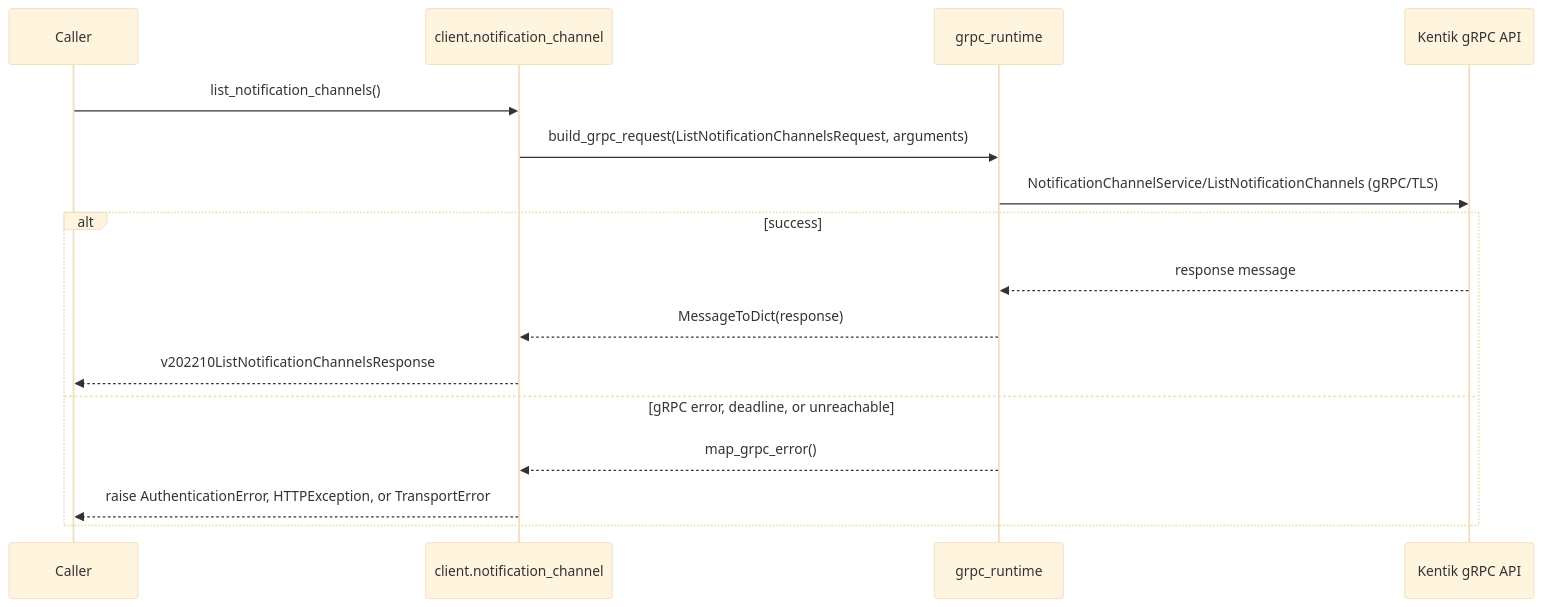
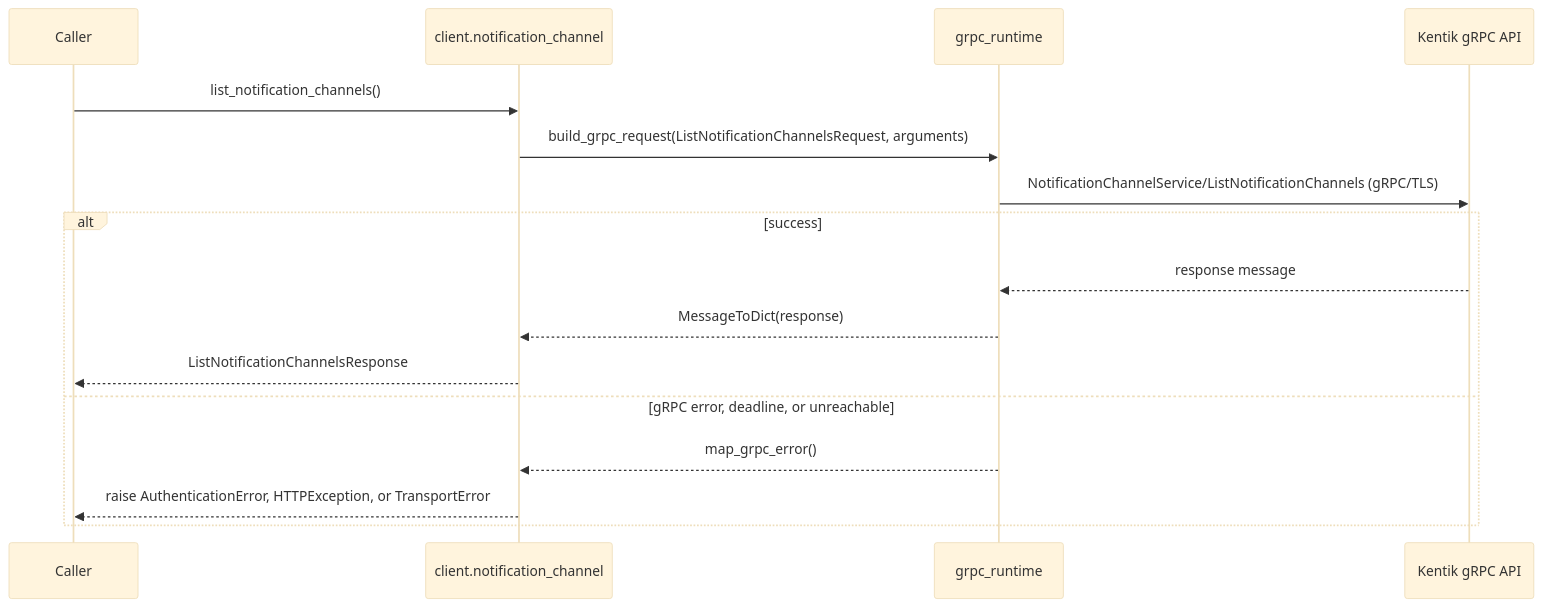
The third of 8 diagrams in docs/sphinx/services/notification_channel.md (alexdearaujo/community_sdk_python), drawn with Mermaid (base theme) before and after one commit. The commit also changed other lines of this file and 38 other files, not shown here.

````diff
--- a/docs/sphinx/services/notification_channel.md
+++ b/docs/sphinx/services/notification_channel.md
@@ -59,19 +59,19 @@
 ```mermaid
 sequenceDiagram
     participant C as Caller
     participant W as client.notification_channel
     participant R as grpc_runtime
     participant API as Kentik gRPC API
 
     C->>W: list_notification_channels()
     W->>R: build_grpc_request(ListNotificationChannelsRequest, arguments)
     R->>API: NotificationChannelService/ListNotificationChannels (gRPC/TLS)
     alt success
         API-->>R: response message
         R-->>W: MessageToDict(response)
-        W-->>C: v202210ListNotificationChannelsResponse
+        W-->>C: ListNotificationChannelsResponse
     else gRPC error, deadline, or unreachable
         R-->>W: map_grpc_error()
         W-->>C: raise AuthenticationError, HTTPException, or TransportError
     end
 ```
````
